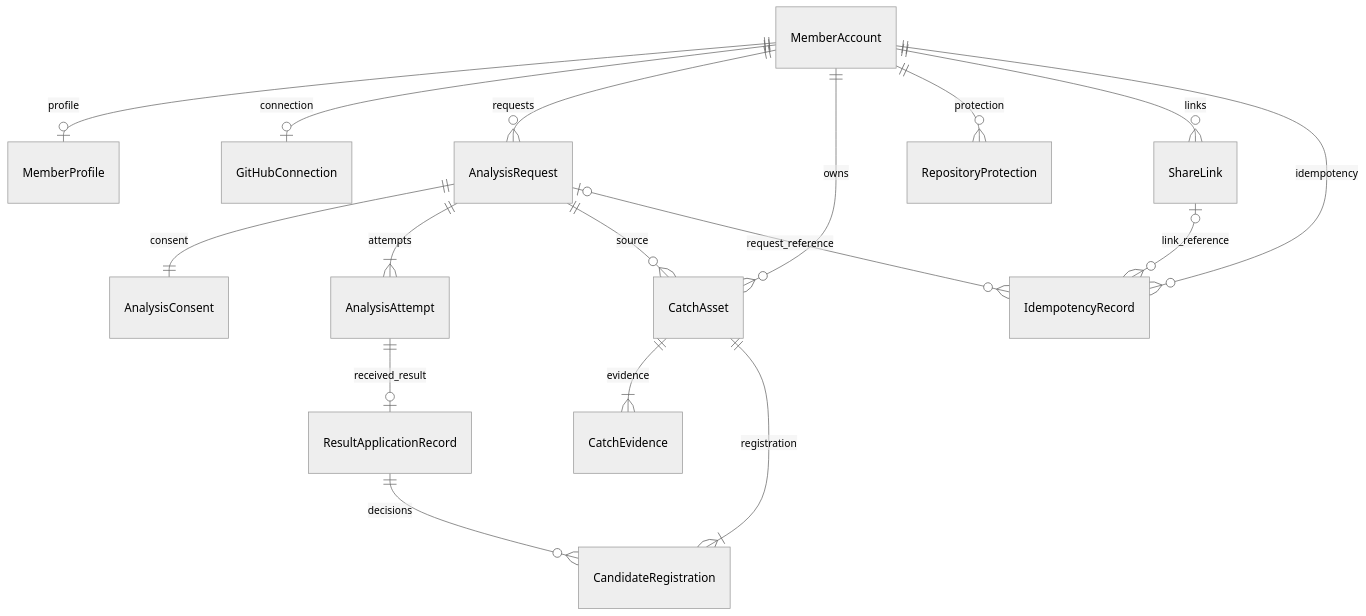
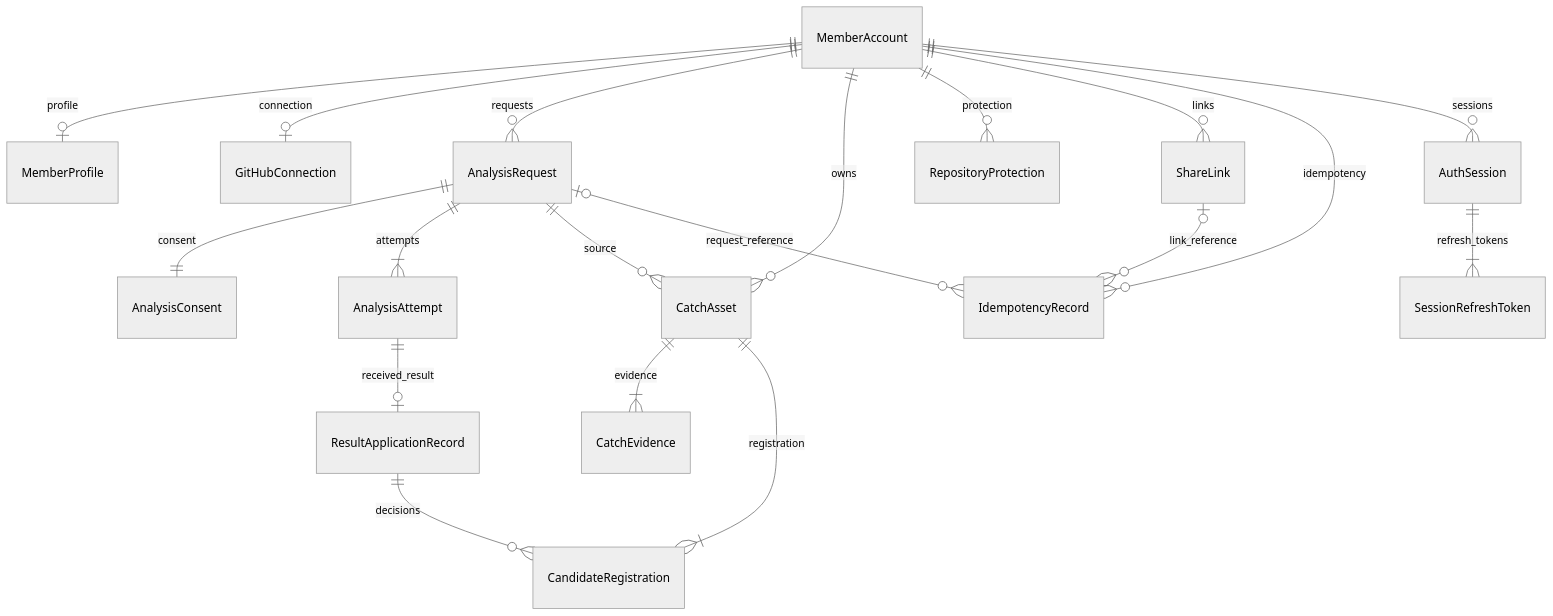
The diagram in aidlc/spaces/default/intents/260914-catchu-october-mvp/construction/u2-api/functional-design/functional-spec.md (JminAILab/CatchU), drawn with Mermaid (neutral theme) before and after one commit. The commit also changed other lines of this file and 4 other files, not shown here.

````diff
--- a/aidlc/spaces/default/intents/260914-catchu-october-mvp/construction/u2-api/functional-design/functional-spec.md
+++ b/aidlc/spaces/default/intents/260914-catchu-october-mvp/construction/u2-api/functional-design/functional-spec.md
@@ -9,19 +9,21 @@
 ```mermaid
 erDiagram
   MemberAccount ||--o| MemberProfile : profile
   MemberAccount ||--o| GitHubConnection : connection
   MemberAccount ||--o{ AnalysisRequest : requests
   AnalysisRequest ||--|| AnalysisConsent : consent
   AnalysisRequest ||--|{ AnalysisAttempt : attempts
   MemberAccount ||--o{ CatchAsset : owns
   AnalysisRequest ||--o{ CatchAsset : source
   CatchAsset ||--|{ CatchEvidence : evidence
   MemberAccount ||--o{ RepositoryProtection : protection
   MemberAccount ||--o{ ShareLink : links
   MemberAccount ||--o{ IdempotencyRecord : idempotency
   AnalysisRequest |o--o{ IdempotencyRecord : request_reference
   ShareLink |o--o{ IdempotencyRecord : link_reference
   AnalysisAttempt ||--o| ResultApplicationRecord : received_result
   ResultApplicationRecord ||--o{ CandidateRegistration : decisions
   CatchAsset ||--|{ CandidateRegistration : registration
+  MemberAccount ||--o{ AuthSession : sessions
+  AuthSession ||--|{ SessionRefreshToken : refresh_tokens
 ```
````
